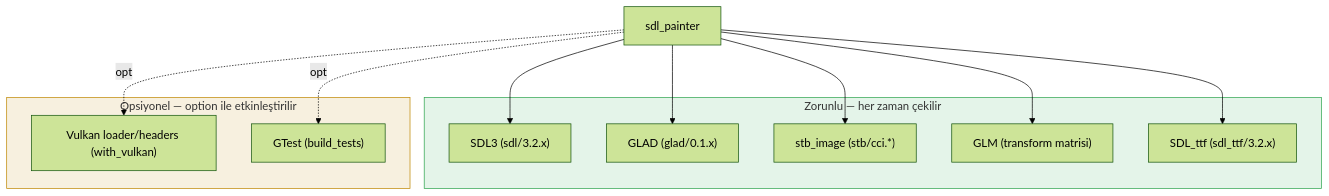
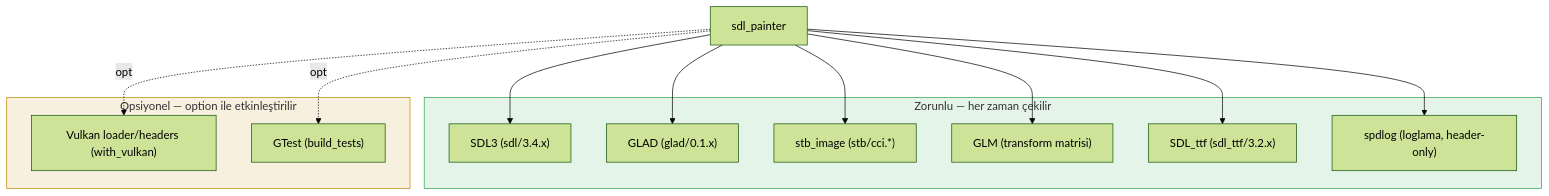
The fourth of 4 diagrams in doc/mimari-genel-bakis.md (yazilimperver/sdl-painter), drawn with Mermaid (forest theme) before and after one commit. The commit also changed 10 other files, not shown here.

````diff
--- a/doc/mimari-genel-bakis.md
+++ b/doc/mimari-genel-bakis.md
@@ -240,28 +240,30 @@
 ```mermaid
 graph TB
     Painter["sdl_painter"]
 
     subgraph zorunlu["Zorunlu — her zaman çekilir"]
-        SDL3["SDL3 (sdl/3.2.x)"]
+        SDL3["SDL3 (sdl/3.4.x)"]
         GLAD["GLAD (glad/0.1.x)"]
         STB["stb_image (stb/cci.*)"]
         GLM["GLM (transform matrisi)"]
         TTF["SDL_ttf (sdl_ttf/3.2.x)"]
+        LOG["spdlog (loglama, header-only)"]
     end
 
     subgraph ops["Opsiyonel — option ile etkinleştirilir"]
         VK["Vulkan loader/headers (with_vulkan)"]
         GTEST["GTest (build_tests)"]
     end
 
     Painter --> SDL3
     Painter --> GLAD
     Painter --> STB
     Painter --> GLM
     Painter --> TTF
+    Painter --> LOG
     Painter -.opt.-> VK
     Painter -.opt.-> GTEST
 
     style zorunlu fill:#2da44e20,stroke:#2da44e
     style ops fill:#bf870020,stroke:#bf8700
 ```
````
